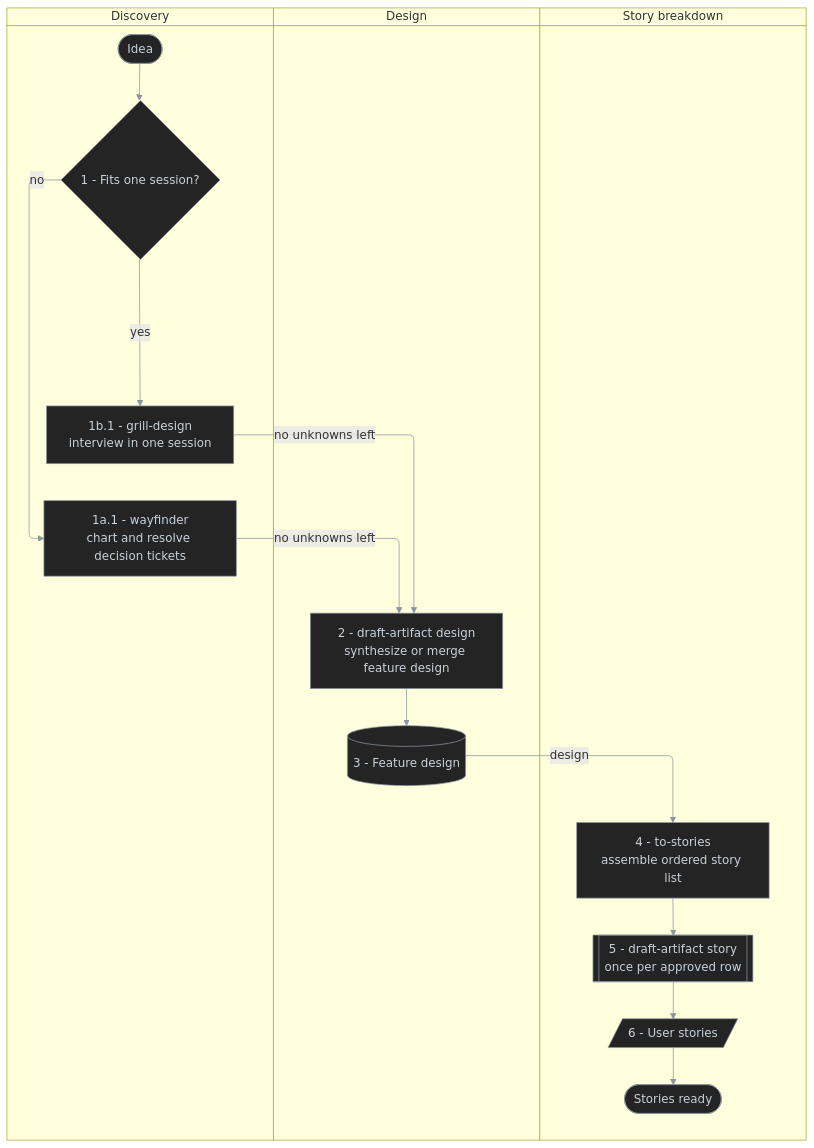
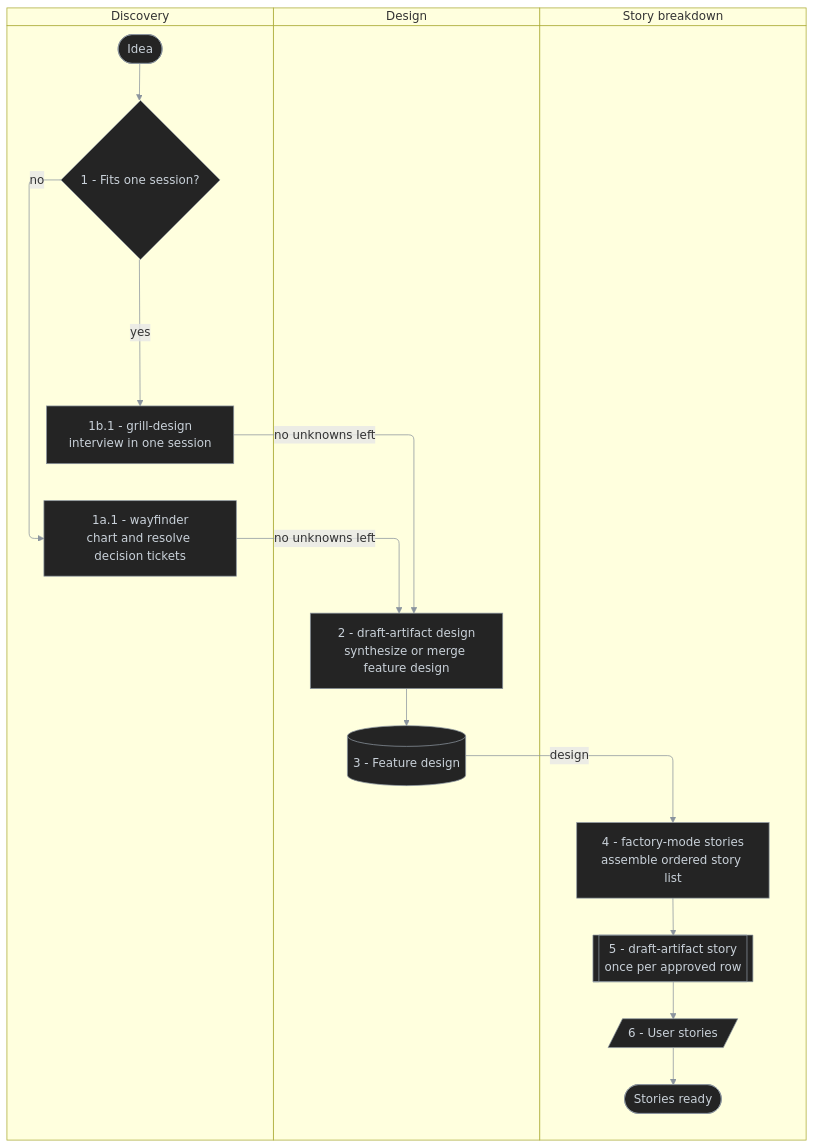
One commit to antshc/brain changed the second of 4 diagrams in plugins/wf/README.md. Above: the diagram before and after it, drawn with Mermaid. The commit also changed other lines of this file and 8 other files, not shown here.

Commit message:
refactor(factory-mode): move story breakdown into playbook

````diff
--- a/plugins/wf/README.md
+++ b/plugins/wf/README.md
@@ -77,33 +77,33 @@
 ```mermaid
 %%{init: {'themeVariables': {'lineColor': '#8b949e'}}}%%
 %% diagram-id: wf-design-to-stories-swimlane
 swimlane-beta TB
   accTitle: Design and story breakdown responsibility
-  accDescr: Shows unknowns resolved by wayfinder or grill-design, a feature design synthesized by draft-artifact design, and the design broken down into User stories by to-stories.
+  accDescr: Shows unknowns resolved by wayfinder or grill-design, a feature design synthesized by draft-artifact design, and the design broken down into User stories by the factory-mode Stories playbook.
 
   subgraph discovery [Discovery]
     idea([Idea])
     effortSize{1 - Fits one session?}
     wayfinder[1a.1 - wayfinder<br/>chart and resolve decision tickets]
     grillDesign[1b.1 - grill-design<br/>interview in one session]
   end
 
   subgraph design [Design]
     toZdesign[2 - draft-artifact design<br/>synthesize or merge feature design]
     designDoc[(3 - Feature design)]
   end
 
   subgraph breakdown [Story breakdown]
-    toStories[4 - to-stories<br/>assemble ordered story list]
+    toStories[4 - factory-mode stories<br/>assemble ordered story list]
     draftStory[[5 - draft-artifact story<br/>once per approved row]]
     stories[/6 - User stories/]
     done([Stories ready])
   end
 
   idea --> effortSize
   effortSize -->|no| wayfinder -->|no unknowns left| toZdesign
   effortSize -->|yes| grillDesign -->|no unknowns left| toZdesign
   toZdesign --> designDoc -->|design| toStories --> draftStory --> stories --> done
 
   classDef default fill:#242424,stroke:#8b949e,color:#c9d1d9,stroke-width:1px
 ```
````
